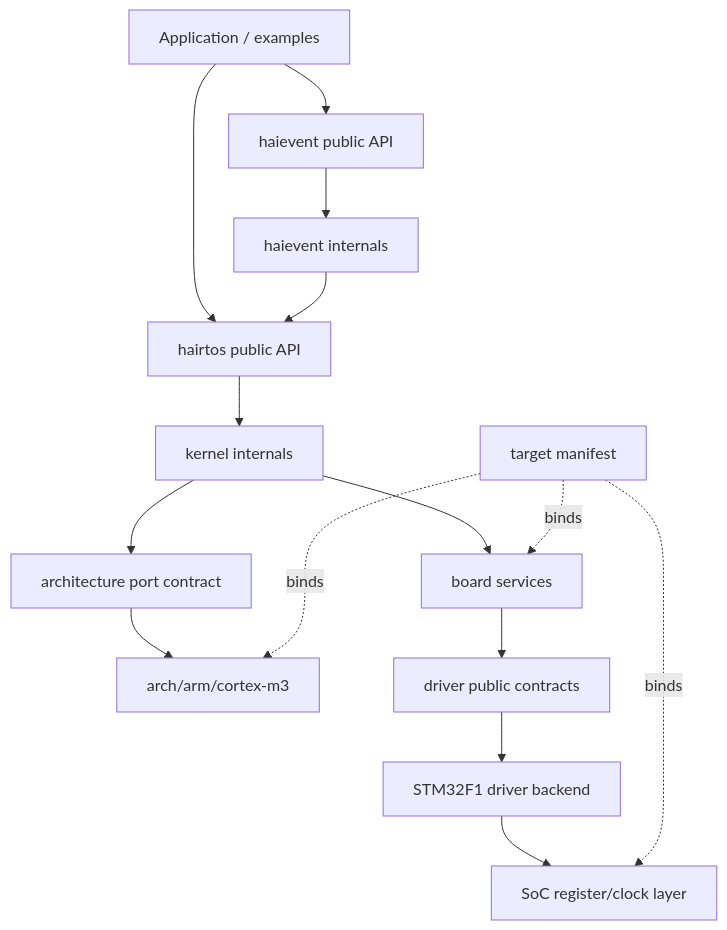
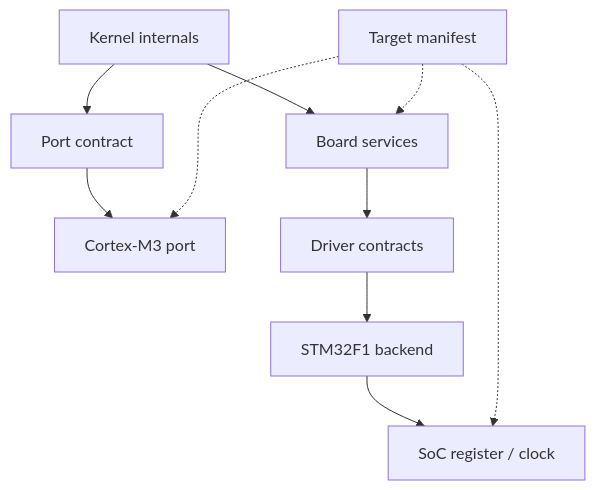
One commit to haikevins/hairtos changed the second of 5 diagrams in docs/00-overview/architecture.md. Above: the diagram before and after it, drawn with Mermaid. The commit also changed other lines of this file and 82 other files, not shown here.

````diff
--- a/docs/00-overview/architecture.md
+++ b/docs/00-overview/architecture.md
@@ -43,17 +56,12 @@
 ```mermaid
-flowchart TD
-    APP["Application / examples"] --> HEAPI["haievent public API"]
-    APP --> HRAPI["hairtos public API"]
-    HEAPI --> HEINT["haievent internals"]
-    HEINT --> HRAPI
-    HRAPI --> KINT["kernel internals"]
-    KINT --> PORTC["architecture port contract"]
-    PORTC --> ARM["arch/arm/cortex-m3"]
-    KINT --> BOARD["board services"]
-    BOARD --> DAPI["driver public contracts"]
-    DAPI --> STMDRV["STM32F1 driver backend"]
-    STMDRV --> SOC["SoC register/clock layer"]
-    MAN["target manifest"] -. binds .-> ARM
-    MAN -. binds .-> SOC
-    MAN -. binds .-> BOARD
+flowchart TB
+    KINT["Kernel internals"] --> PORTC["Port contract"]
+    PORTC --> ARM["Cortex-M3 port"]
+    KINT --> BOARD["Board services"]
+    BOARD --> DAPI["Driver contracts"]
+    DAPI --> STMDRV["STM32F1 backend"]
+    STMDRV --> SOC["SoC register / clock"]
+    MAN["Target manifest"] -.-> ARM
+    MAN -.-> BOARD
+    MAN -.-> SOC
 ```
````
